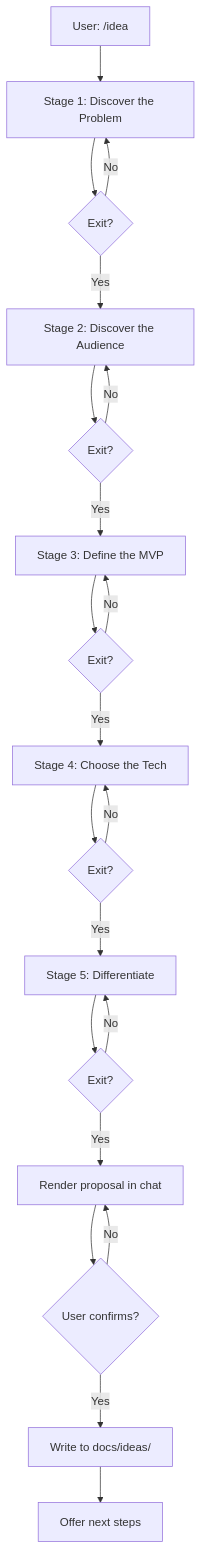
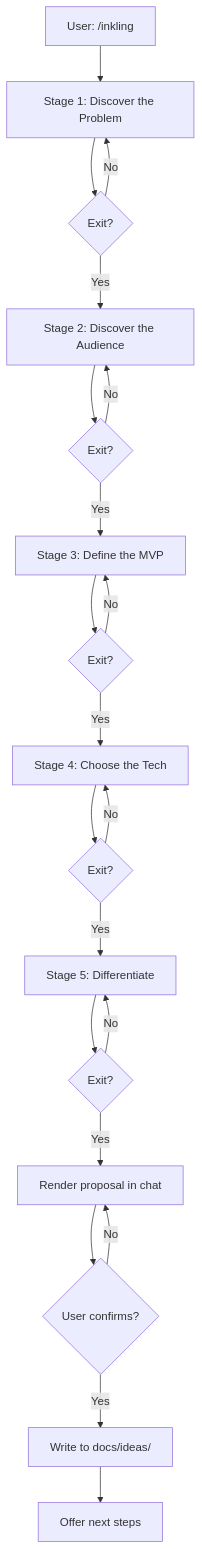
One commit to Eververdants/inkling changed the diagram in README.md. Above: the diagram before and after it, drawn with Mermaid. The commit also changed other lines of this file and 5 other files, not shown here.

Commit message:
feat(skill): rename from idea to inkling

````diff
--- a/README.md
+++ b/README.md
@@ -42,23 +42,23 @@
 ```mermaid
 flowchart TD
-    A[User: /idea] --> B[Stage 1: Discover the Problem]
+    A[User: /inkling] --> B[Stage 1: Discover the Problem]
     B --> C{Exit?}
     C -->|No| B
     C -->|Yes| D[Stage 2: Discover the Audience]
     D --> E{Exit?}
     E -->|No| D
     E -->|Yes| F[Stage 3: Define the MVP]
     F --> G{Exit?}
     G -->|No| F
     G -->|Yes| H[Stage 4: Choose the Tech]
     H --> I{Exit?}
     I -->|No| H
     I -->|Yes| J[Stage 5: Differentiate]
     J --> K{Exit?}
     K -->|No| J
     K -->|Yes| L[Render proposal in chat]
     L --> M{User confirms?}
     M -->|No| L
     M -->|Yes| N[Write to docs/ideas/]
     N --> O[Offer next steps]
 ```
````
